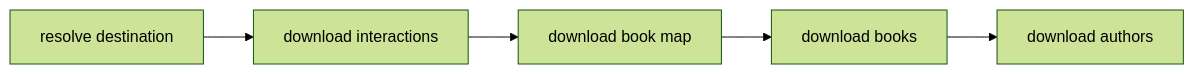
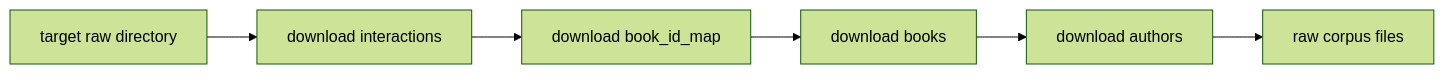
The second of 5 diagrams in docs/3_WORKFLOWS.md (cptntrps/bookmatch), drawn with Mermaid (forest theme) before and after one commit. The commit also changed other lines of this file and 5 other files, not shown here.

````diff
--- a/docs/3_WORKFLOWS.md
+++ b/docs/3_WORKFLOWS.md
@@ -77,7 +69,8 @@
 ```mermaid
 graph LR
-    A[resolve destination] --> B[download interactions]
-    B --> C[download book map]
+    A[target raw directory] --> B[download interactions]
+    B --> C[download book_id_map]
     C --> D[download books]
     D --> E[download authors]
+    E --> F[raw corpus files]
 ```
````
